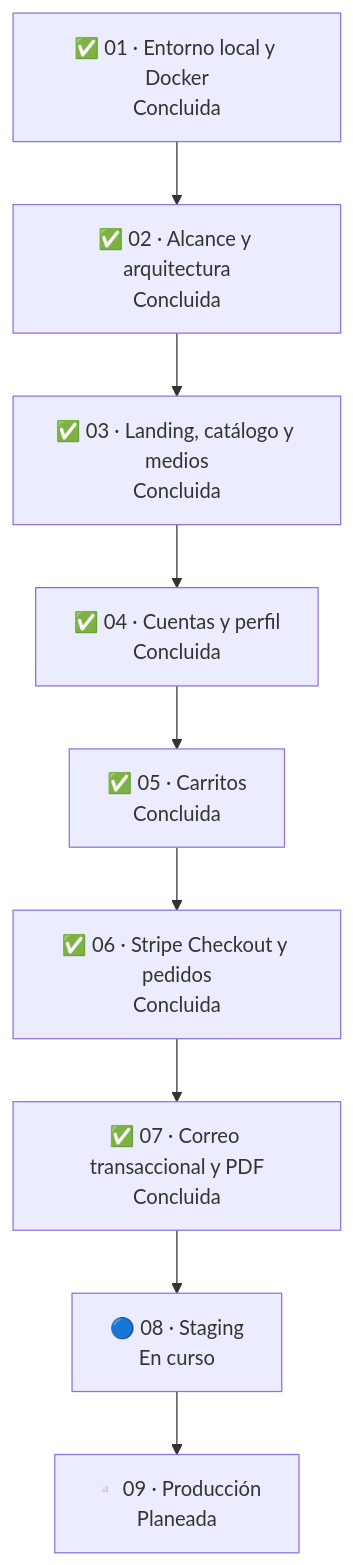
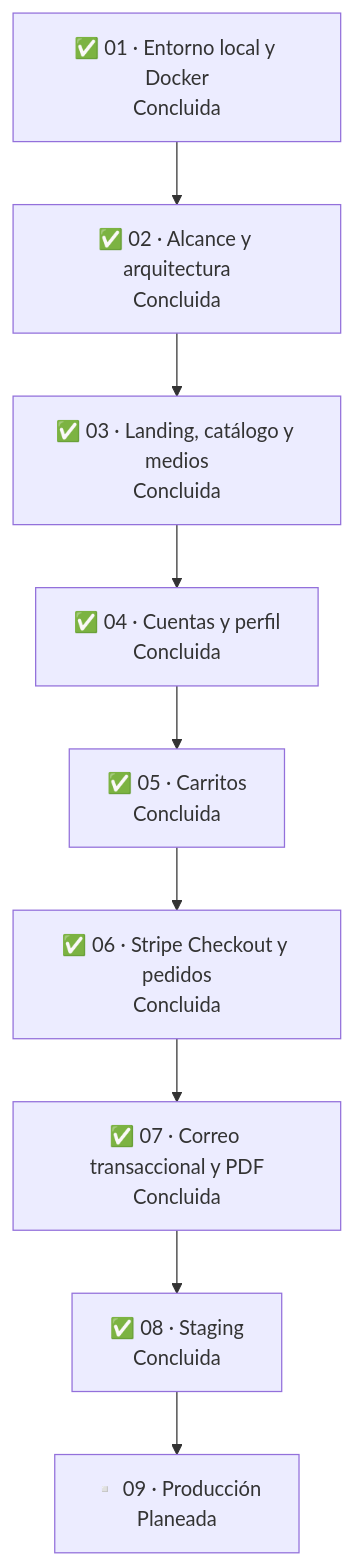
One commit to sadamlg/sr_del_mictlan_mezcal changed the diagram in docs/ROADMAP.md. Above: the diagram before and after it, drawn with Mermaid. The commit also changed other lines of this file, not shown here.

Commit message:
docs: close staging phase in roadmap

````diff
--- a/docs/ROADMAP.md
+++ b/docs/ROADMAP.md
@@ -21,11 +21,11 @@
 ```mermaid
 flowchart TB
     p01["✅ 01 · Entorno local y Docker<br/>Concluida"] --> p02["✅ 02 · Alcance y arquitectura<br/>Concluida"]
     p02 --> p03["✅ 03 · Landing, catálogo y medios<br/>Concluida"]
     p03 --> p04["✅ 04 · Cuentas y perfil<br/>Concluida"]
     p04 --> p05["✅ 05 · Carritos<br/>Concluida"]
     p05 --> p06["✅ 06 · Stripe Checkout y pedidos<br/>Concluida"]
     p06 --> p07["✅ 07 · Correo transaccional y PDF<br/>Concluida"]
-    p07 --> p08["🔵 08 · Staging<br/>En curso"]
+    p07 --> p08["✅ 08 · Staging<br/>Concluida"]
     p08 --> p09["▫️ 09 · Producción<br/>Planeada"]
 ```
````
